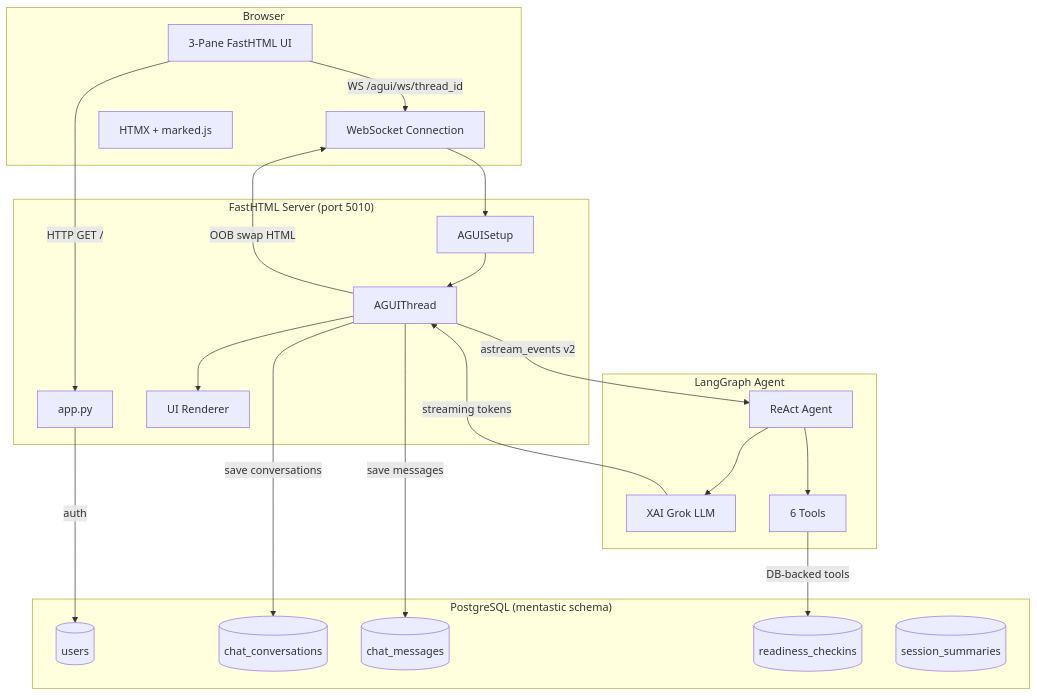
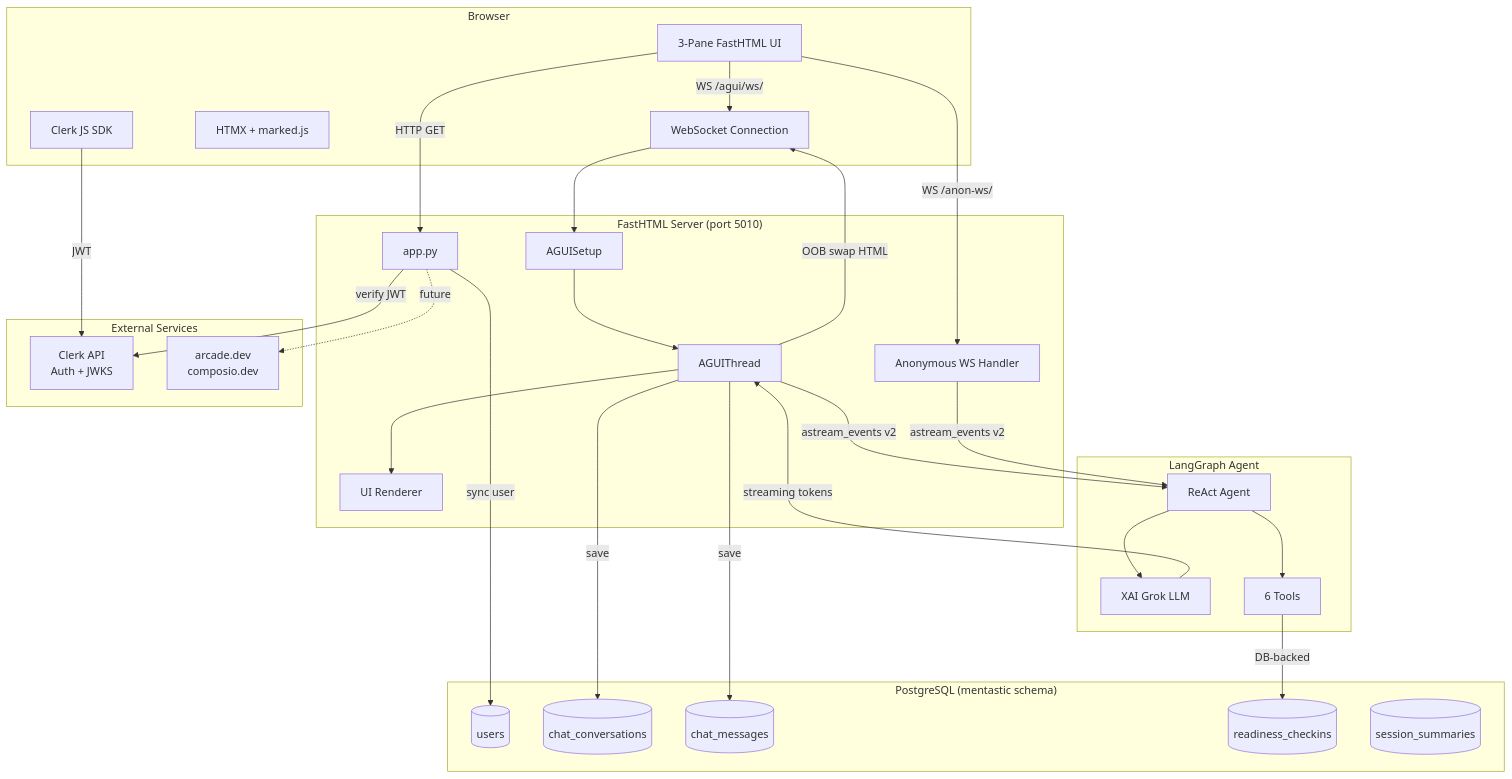
One commit to predictivelabsai/mentastic changed the third of 12 diagrams in docs/architecture_readme.md. Above: the diagram before and after it, drawn with Mermaid. The commit also changed other lines of this file and 13 other files, not shown here.

First line of the commit message:
Regenerate architecture docs with 12 Mermaid diagrams

````diff
--- a/docs/architecture_readme.md
+++ b/docs/architecture_readme.md
@@ -75,44 +97,56 @@
 ```mermaid
 graph TB
     subgraph Browser
         UI[3-Pane FastHTML UI]
         WS[WebSocket Connection]
         HTMX[HTMX + marked.js]
+        CLERK_JS[Clerk JS SDK]
     end
 
     subgraph "FastHTML Server (port 5010)"
         APP[app.py]
         AGUI[AGUISetup]
         THREAD[AGUIThread]
         UIC[UI Renderer]
+        ANON[Anonymous WS Handler]
     end
 
     subgraph "LangGraph Agent"
         AGENT[ReAct Agent]
         LLM[XAI Grok LLM]
         TOOLS[6 Tools]
+    end
+
+    subgraph "External Services"
+        CLERK_API[Clerk API<br/>Auth + JWKS]
+        ARCADE[arcade.dev<br/>composio.dev]
     end
 
     subgraph "PostgreSQL (mentastic schema)"
         USERS[(users)]
         CONV[(chat_conversations)]
         MSGS[(chat_messages)]
         CHECKINS[(readiness_checkins)]
         SUMMARIES[(session_summaries)]
     end
 
-    UI -->|HTTP GET /| APP
-    UI -->|WS /agui/ws/thread_id| WS
+    UI -->|HTTP GET| APP
+    UI -->|WS /agui/ws/| WS
+    UI -->|WS /anon-ws/| ANON
+    CLERK_JS -->|JWT| CLERK_API
     WS --> AGUI
     AGUI --> THREAD
     THREAD --> UIC
     THREAD -->|astream_events v2| AGENT
+    ANON -->|astream_events v2| AGENT
     AGENT --> LLM
     AGENT --> TOOLS
-    TOOLS -->|DB-backed tools| CHECKINS
-    THREAD -->|save messages| MSGS
-    THREAD -->|save conversations| CONV
-    APP -->|auth| USERS
+    TOOLS -->|DB-backed| CHECKINS
+    THREAD -->|save| MSGS
+    THREAD -->|save| CONV
+    APP -->|verify JWT| CLERK_API
+    APP -->|sync user| USERS
+    APP -.->|future| ARCADE
     LLM -->|streaming tokens| THREAD
     THREAD -->|OOB swap HTML| WS
 ```
````
